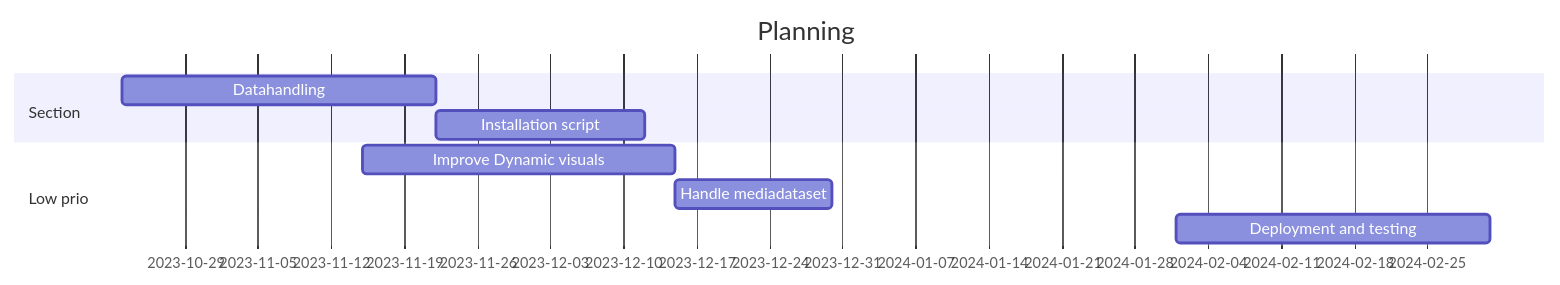
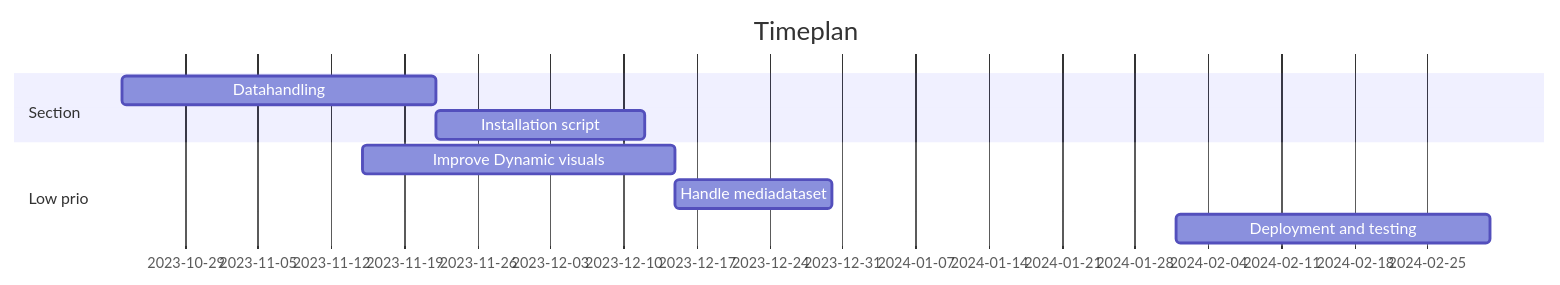
One commit to c-toolbox/Digital-Twin-City-Platform-UE-Public changed the diagram in README.md. Above: the diagram before and after it, drawn with Mermaid.

````diff
--- a/README.md
+++ b/README.md
@@ -42,12 +42,12 @@
 ```mermaid
 gantt
-    title Planning
+    title Timeplan
     dateFormat  YYYY-MM-DD
     section Section
     Datahandling             :a1, 2023-10-23, 30d
     Installation script      :after a1  , 20d
     section Low prio
     Improve Dynamic visuals  :a2, 2023-11-15, 30d
     Handle mediadataset      :after a2, 15d
     Deployment and testing   :a3, 2024-02-01, 30d
 ```
````
